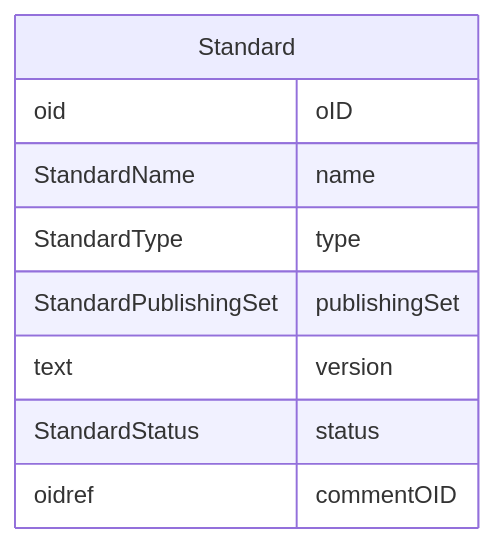
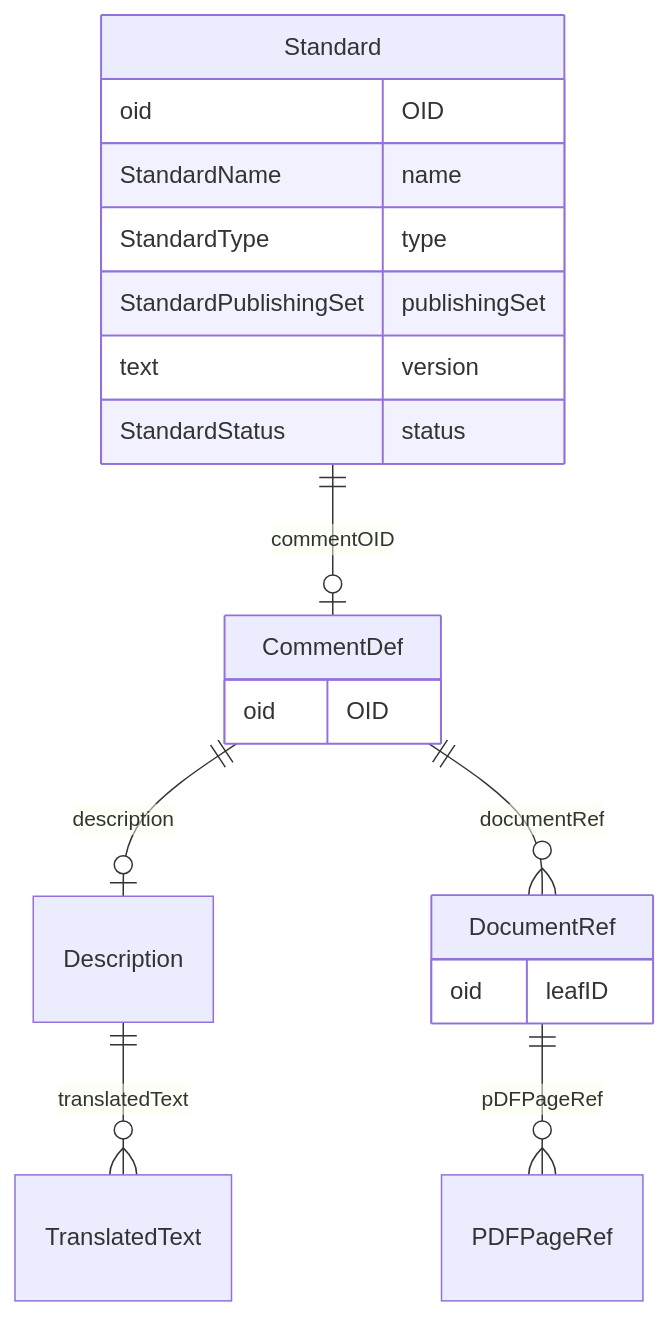
One commit to cdisc-org/DataExchange-ODM-LinkML changed the diagram in docs/Standard.md. Above: the diagram before and after it, drawn with Mermaid. The commit also changed other lines of this file and 338 other files, not shown here.

````diff
--- a/docs/Standard.md
+++ b/docs/Standard.md
@@ -11,15 +11,27 @@
 ```mermaid
 erDiagram
 Standard {
-    oid oID  
+    oid OID  
     StandardName name  
     StandardType type  
     StandardPublishingSet publishingSet  
     text version  
     StandardStatus status  
-    oidref commentOID  
+}
+CommentDef {
+    oid OID  
+}
+DocumentRef {
+    oid leafID  
+}
+Description {
+
 }
 
-
+Standard ||--|o CommentDef : "commentOID"
+CommentDef ||--|o Description : "description"
+CommentDef ||--}o DocumentRef : "documentRef"
+DocumentRef ||--}o PDFPageRef : "pDFPageRef"
+Description ||--}o TranslatedText : "translatedText"
 
 ```
````
